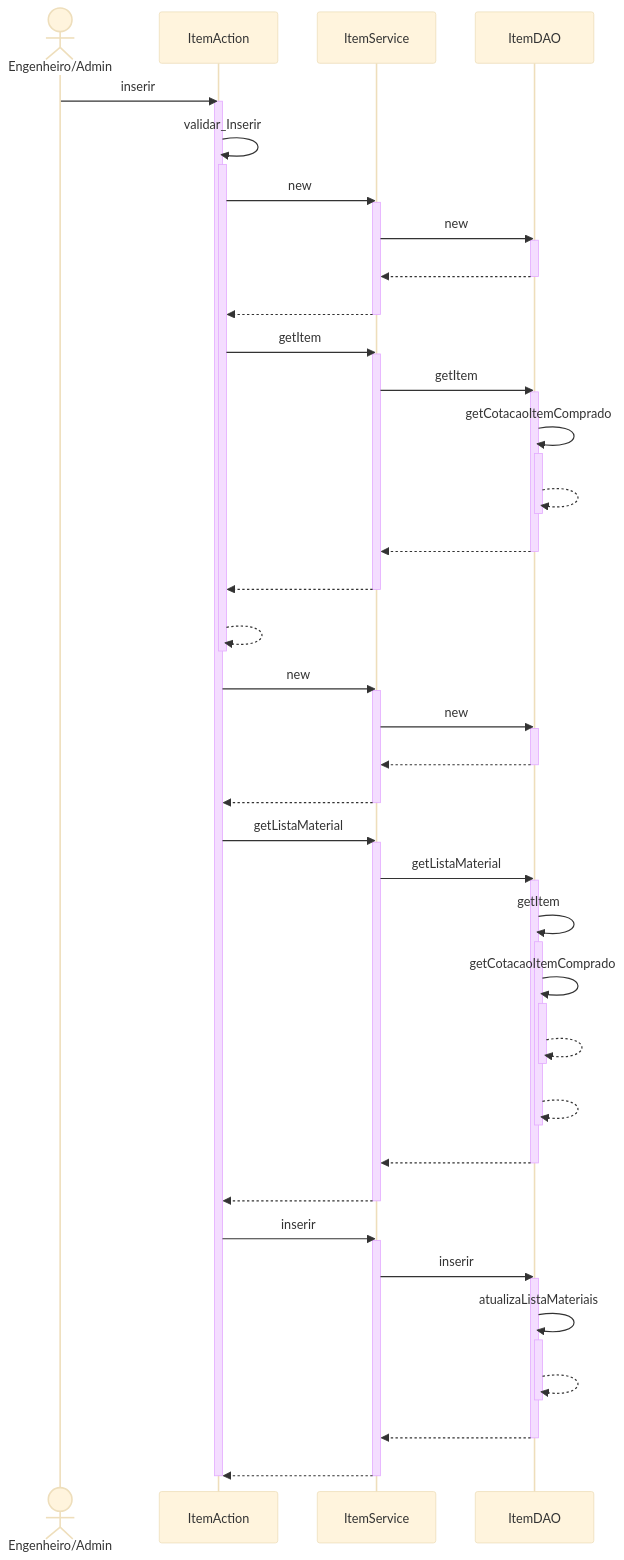
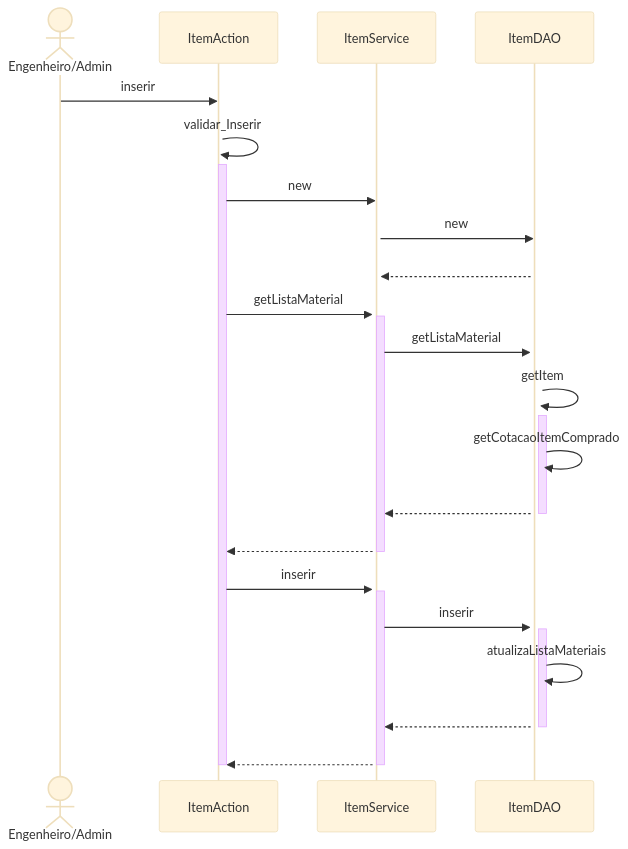
Before and after one commit to branqsMRP/SequenceDiagram: the diagram in DiagramaSequencia/Novo Diagrama Sequencia/Item/Novo Item.mmd, drawn with Mermaid (base theme). The commit also changed 5 other files, not shown here.

```diff
--- a/DiagramaSequencia/Novo Diagrama Sequencia/Item/Novo Item.mmd
+++ b/DiagramaSequencia/Novo Diagrama Sequencia/Item/Novo Item.mmd
@@ -1,65 +1,32 @@
 sequenceDiagram
 actor EA as Engenheiro/Admin
 EA ->> ItemAction : inserir
 activate ItemAction
 ItemAction ->> ItemAction : validar_Inserir
 activate ItemAction
 ItemAction ->> ItemService : new
 activate ItemService
 ItemService ->> ItemDAO : new
 activate ItemDAO
 ItemDAO -->> ItemService : #32; 
-deactivate ItemDAO
-ItemService -->> ItemAction : #32; 
-deactivate ItemService
-ItemAction ->> ItemService : getItem
-activate ItemService
-ItemService ->> ItemDAO : getItem
-activate ItemDAO
-ItemDAO ->> ItemDAO : getCotacaoItemComprado
-activate ItemDAO
-ItemDAO -->> ItemDAO : #32; 
-deactivate ItemDAO
-ItemDAO -->> ItemService : #32; 
-deactivate ItemDAO
-ItemService -->> ItemAction : #32; 
-deactivate ItemService
-ItemAction -->> ItemAction : #32; 
-deactivate ItemAction
-ItemAction ->> ItemService : new
-activate ItemService
-ItemService ->> ItemDAO : new
-activate ItemDAO
-ItemDAO -->> ItemService : #32; 
-deactivate ItemDAO
-ItemService -->> ItemAction : #32; 
-deactivate ItemService
 ItemAction ->> ItemService : getListaMaterial
 activate ItemService
 ItemService ->> ItemDAO : getListaMaterial
 activate ItemDAO
 ItemDAO ->> ItemDAO : getItem
 activate ItemDAO
 ItemDAO ->> ItemDAO : getCotacaoItemComprado
-activate ItemDAO
-ItemDAO -->> ItemDAO : #32; 
-deactivate ItemDAO
-ItemDAO -->> ItemDAO : #32; 
-deactivate ItemDAO
 ItemDAO -->> ItemService : #32; 
 deactivate ItemDAO
 ItemService -->> ItemAction : #32; 
 deactivate ItemService
 ItemAction ->> ItemService : inserir
 activate ItemService
 ItemService ->> ItemDAO : inserir
 activate ItemDAO
 ItemDAO ->> ItemDAO : atualizaListaMateriais
-activate ItemDAO
-ItemDAO -->> ItemDAO : #32; 
-deactivate ItemDAO
 ItemDAO -->> ItemService : #32; 
 deactivate ItemDAO
 ItemService -->> ItemAction : #32; 
 deactivate ItemService
 deactivate ItemAction
```
